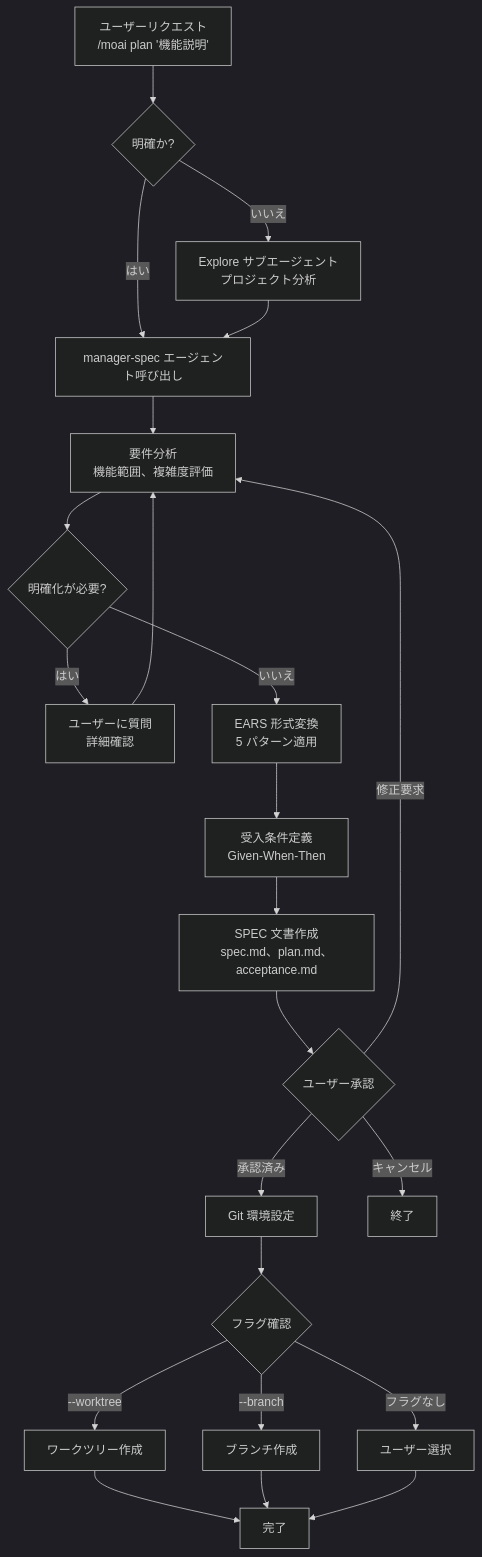
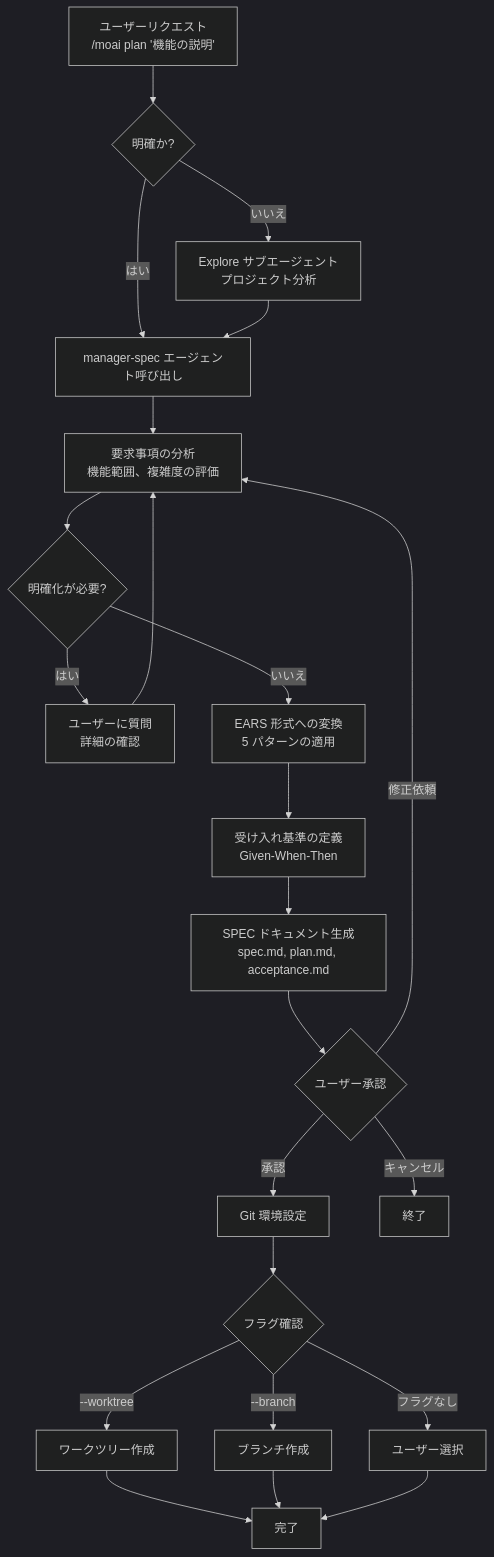
The first of 2 diagrams in docs-site/content/ja/workflow-commands/moai-plan.md (modu-ai/moai-adk), drawn with Mermaid (dark theme) before and after one commit. The commit also changed other lines of this file and 395 other files, not shown here.

````diff
--- a/docs-site/content/ja/workflow-commands/moai-plan.md
+++ b/docs-site/content/ja/workflow-commands/moai-plan.md
@@ -111,25 +115,25 @@
 ```mermaid
 flowchart TD
-    A["ユーザーリクエスト<br/>/moai plan '機能説明'"] --> B{明確か?}
+    A["ユーザーリクエスト<br/>/moai plan '機能の説明'"] --> B{明確か?}
     B -->|いいえ| C["Explore サブエージェント<br/>プロジェクト分析"]
     B -->|はい| D["manager-spec エージェント呼び出し"]
     C --> D
-    D --> E["要件分析<br/>機能範囲、複雑度評価"]
+    D --> E["要求事項の分析<br/>機能範囲、複雑度の評価"]
     E --> F{"明確化が必要?"}
-    F -->|はい| G["ユーザーに質問<br/>詳細確認"]
+    F -->|はい| G["ユーザーに質問<br/>詳細の確認"]
     G --> E
-    F -->|いいえ| H["EARS 形式変換<br/>5 パターン適用"]
-    H --> I["受入条件定義<br/>Given-When-Then"]
-    I --> J["SPEC 文書作成<br/>spec.md、plan.md、acceptance.md"]
+    F -->|いいえ| H["EARS 形式への変換<br/>5 パターンの適用"]
+    H --> I["受け入れ基準の定義<br/>Given-When-Then"]
+    I --> J["SPEC ドキュメント生成<br/>spec.md, plan.md, acceptance.md"]
     J --> K{"ユーザー承認"}
-    K -->|承認済み| L["Git 環境設定"]
-    K -->|修正要求| E
+    K -->|承認| L["Git 環境設定"]
+    K -->|修正依頼| E
     K -->|キャンセル| M["終了"]
     L --> N{"フラグ確認"}
     N -->|--worktree| O["ワークツリー作成"]
     N -->|--branch| P["ブランチ作成"]
     N -->|フラグなし| Q["ユーザー選択"]
     O --> R["完了"]
     P --> R
     Q --> R
 ```
````
